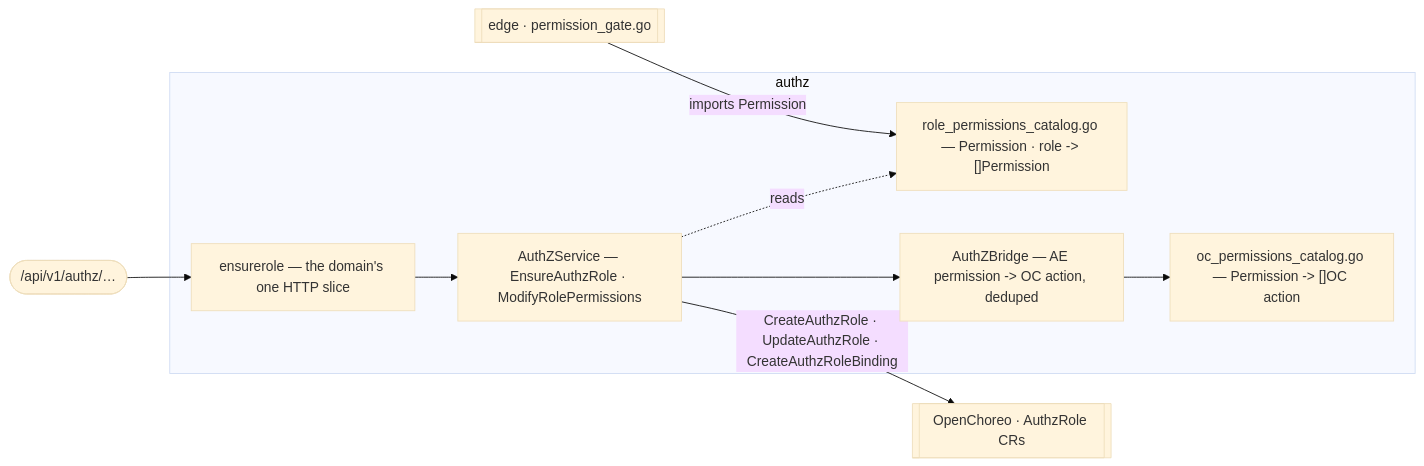
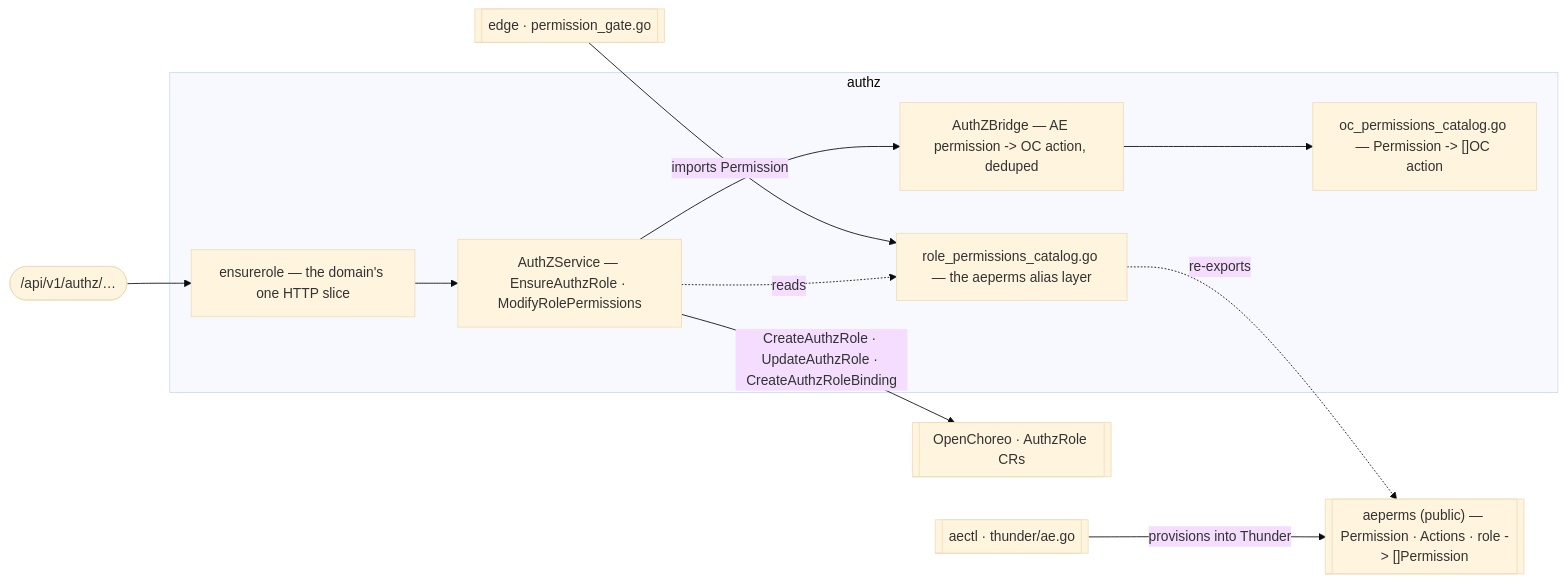
The diagram in services/aep-api/internal/authz/README.md (wso2/labs-agentic-engineer), drawn with Mermaid (base theme) before and after one commit. The commit also changed other lines of this file and 12 other files, not shown here.

````diff
--- a/services/aep-api/internal/authz/README.md
+++ b/services/aep-api/internal/authz/README.md
@@ -18,17 +18,19 @@
 ```mermaid
 flowchart LR
   API(["/api/v1/authz/…"]) --> HTTP
   EDGE[[edge · permission_gate.go]] -->|imports Permission| CAT
+  AECTL[[aectl · thunder/ae.go]] -->|provisions into Thunder| PERMS
   subgraph authz
     HTTP["ensurerole — the domain's one HTTP slice"]
     SVC["AuthZService — EnsureAuthzRole · ModifyRolePermissions"]
     BRIDGE["AuthZBridge — AE permission -> OC action, deduped"]
-    CAT["role_permissions_catalog.go — Permission · role -> []Permission"]
+    CAT["role_permissions_catalog.go — the aeperms alias layer"]
     OCCAT["oc_permissions_catalog.go — Permission -> []OC action"]
     HTTP --> SVC
     SVC --> BRIDGE
     BRIDGE --> OCCAT
     SVC -.reads.-> CAT
   end
+  CAT -.re-exports.-> PERMS[["aeperms (public) — Permission · Actions · role -> []Permission"]]
   SVC -->|CreateAuthzRole · UpdateAuthzRole · CreateAuthzRoleBinding| OC[[OpenChoreo · AuthzRole CRs]]
 ```
````
